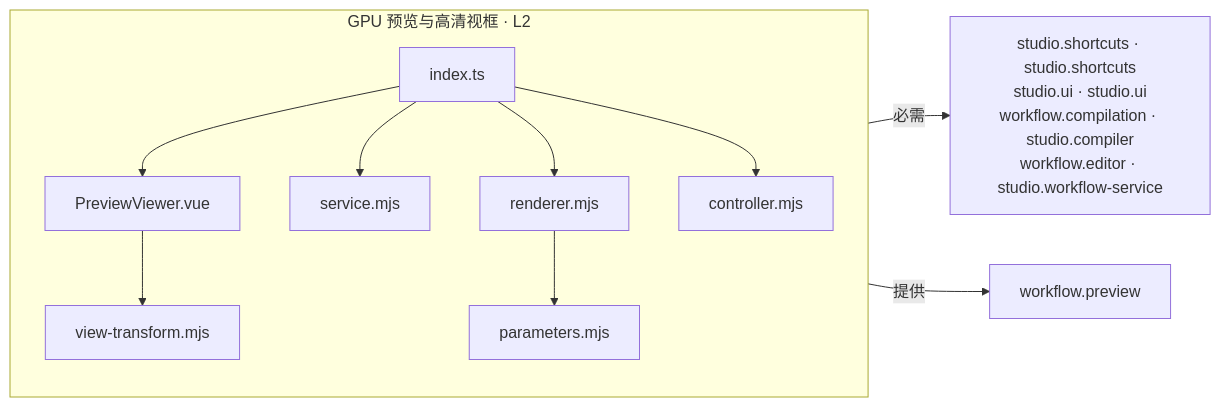
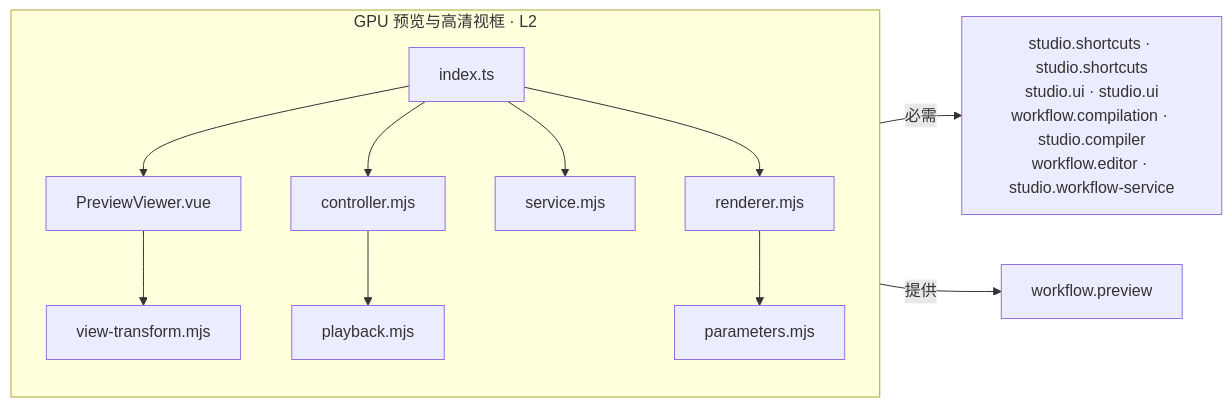
Before and after one commit to Eb-Ling/MengGodWorkflowStudio: diagram 21 of 31 in docs/ARCHITECTURE_V1.md, drawn with Mermaid. The commit also changed other lines of this file and 114 other files, not shown here.

````diff
--- a/docs/ARCHITECTURE_V1.md
+++ b/docs/ARCHITECTURE_V1.md
@@ -433,21 +454,23 @@
 ```mermaid
 flowchart LR
   subgraph P["GPU 预览与高清视框 · L2"]
     F0["PreviewViewer.vue"]
     F1["controller.mjs"]
     F2["index.ts"]
     F3["parameters.mjs"]
-    F4["renderer.mjs"]
-    F5["service.mjs"]
-    F6["view-transform.mjs"]
-    F0 --> F6
+    F4["playback.mjs"]
+    F5["renderer.mjs"]
+    F6["service.mjs"]
+    F7["view-transform.mjs"]
+    F0 --> F7
+    F1 --> F4
+    F2 --> F6
     F2 --> F5
-    F2 --> F4
     F2 --> F1
     F2 --> F0
-    F4 --> F3
+    F5 --> F3
   end
   R["studio.shortcuts · studio.shortcuts<br/>studio.ui · studio.ui<br/>workflow.compilation · studio.compiler<br/>workflow.editor · studio.workflow-service"]
   P -->|必需| R
   P -->|提供| A["workflow.preview"]
 ```
````
